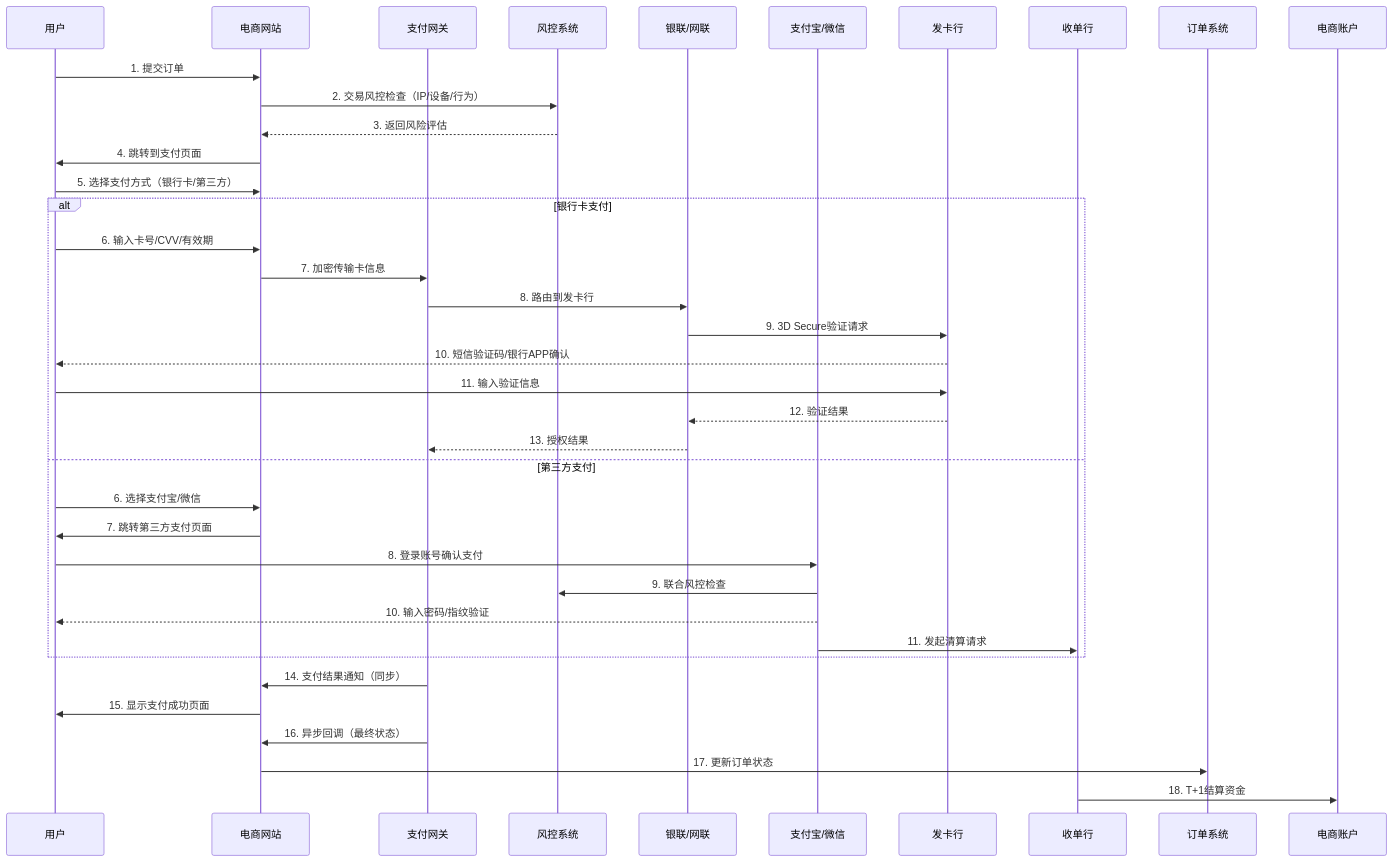
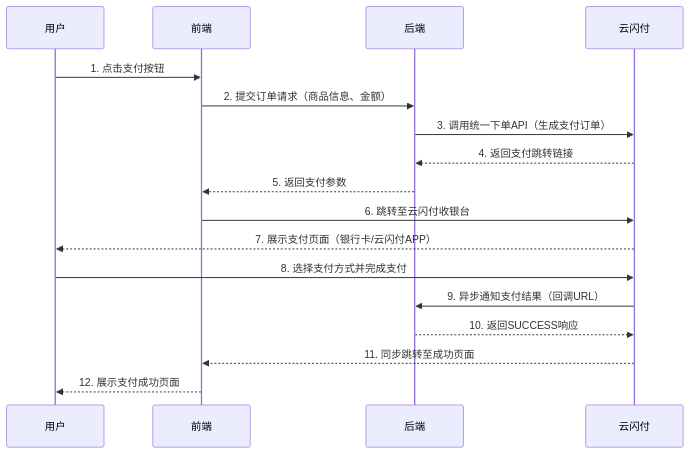
One commit to weihongyu12/web changed the diagram in docs/features/payment/unionpay/README.md. Above: the diagram before and after it, drawn with Mermaid. The commit also changed other lines of this file and 2 other files, not shown here.

````diff
--- a/docs/features/payment/unionpay/README.md
+++ b/docs/features/payment/unionpay/README.md
@@ -6,41 +18,20 @@
 ```mermaid
 sequenceDiagram
     participant 用户 as 用户
-    participant 电商网站 as 电商网站
-    participant 支付网关 as 支付网关
-    participant 风控系统 as 风控系统
-    participant 银联/网联 as 银联/网联
-    participant 第三方支付 as 支付宝/微信
-    participant 发卡行 as 发卡行
-    participant 收单行 as 收单行
+    participant 前端 as 前端
+    participant 后端 as 后端
+    participant 云闪付 as 云闪付
 
-    用户 ->> 电商网站: 1. 提交订单
-    电商网站 ->> 风控系统: 2. 交易风控检查（IP/设备/行为）
-    风控系统 -->> 电商网站: 3. 返回风险评估
-    电商网站 ->> 用户: 4. 跳转到支付页面
-    用户 ->> 电商网站: 5. 选择支付方式（银行卡/第三方）
-    
-    alt 银行卡支付
-        用户 ->> 电商网站: 6. 输入卡号/CVV/有效期
-        电商网站 ->> 支付网关: 7. 加密传输卡信息
-        支付网关 ->> 银联/网联: 8. 路由到发卡行
-        银联/网联 ->> 发卡行: 9. 3D Secure验证请求
-        发卡行 -->> 用户: 10. 短信验证码/银行APP确认
-        用户 ->> 发卡行: 11. 输入验证信息
-        发卡行 -->> 银联/网联: 12. 验证结果
-        银联/网联 -->> 支付网关: 13. 授权结果
-    else 第三方支付
-        用户 ->> 电商网站: 6. 选择支付宝/微信
-        电商网站 ->> 用户: 7. 跳转第三方支付页面
-        用户 ->> 第三方支付: 8. 登录账号确认支付
-        第三方支付 ->> 风控系统: 9. 联合风控检查
-        第三方支付 -->> 用户: 10. 输入密码/指纹验证
-        第三方支付 ->> 收单行: 11. 发起清算请求
-    end
-
-    支付网关 ->> 电商网站: 14. 支付结果通知（同步）
-    电商网站 ->> 用户: 15. 显示支付成功页面
-    支付网关 ->> 电商网站: 16. 异步回调（最终状态）
-    电商网站 ->> 订单系统: 17. 更新订单状态
-    收单行 ->> 电商账户: 18. T+1结算资金
+    用户->>前端: 1. 点击支付按钮
+    前端->>后端: 2. 提交订单请求（商品信息、金额）
+    后端->>云闪付: 3. 调用统一下单API（生成支付订单）
+    云闪付-->>后端: 4. 返回支付跳转链接
+    后端-->>前端: 5. 返回支付参数
+    前端->>云闪付: 6. 跳转至云闪付收银台
+    云闪付-->>用户: 7. 展示支付页面（银行卡/云闪付APP）
+    用户->>云闪付: 8. 选择支付方式并完成支付
+    云闪付->>后端: 9. 异步通知支付结果（回调URL）
+    后端-->>云闪付: 10. 返回SUCCESS响应
+    云闪付-->>前端: 11. 同步跳转至成功页面
+    前端-->>用户: 12. 展示支付成功页面
 ```
````
